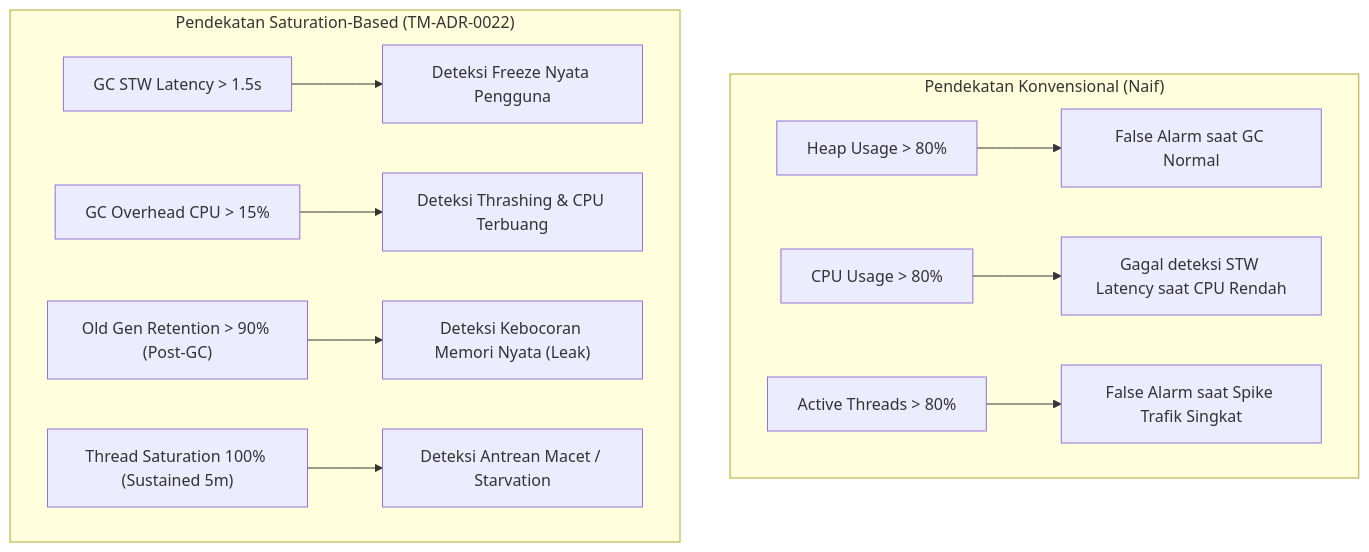
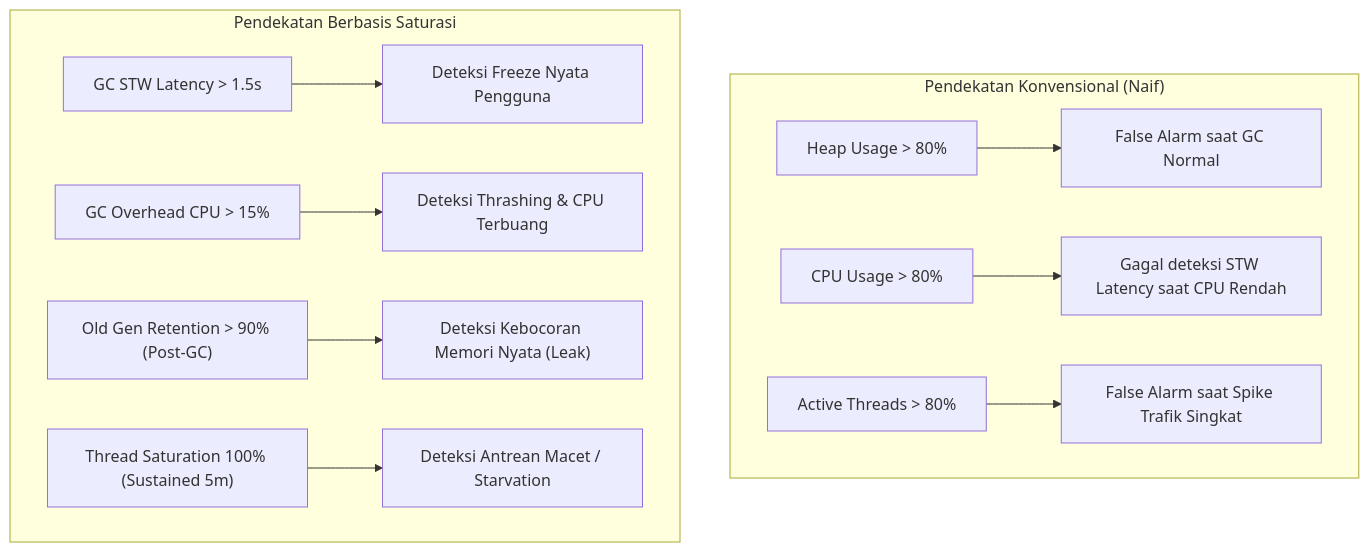
One commit to edkas07-oss/personal-site changed the first of 2 diagrams in content/journals/mendeteksi-concurrency-saturation-dan-gc-thrashing/index.md. Above: the diagram before and after it, drawn with Mermaid. The commit also changed other lines of this file and 10 other files, not shown here.

```diff
--- a/content/journals/mendeteksi-concurrency-saturation-dan-gc-thrashing/index.md
+++ b/content/journals/mendeteksi-concurrency-saturation-dan-gc-thrashing/index.md
@@ -43,15 +43,15 @@
 {{< mermaid >}}
 flowchart TD
     subgraph NAIVE["Pendekatan Konvensional (Naif)"]
         M1["Heap Usage > 80%"] --> F1["False Alarm saat GC Normal"]
         M2["CPU Usage > 80%"] --> F2["Gagal deteksi STW Latency saat CPU Rendah"]
         M3["Active Threads > 80%"] --> F3["False Alarm saat Spike Trafik Singkat"]
     end
 
-    subgraph SATURATION["Pendekatan Saturation-Based (TM-ADR-0022)"]
+    subgraph SATURATION["Pendekatan Berbasis Saturasi"]
         S1["GC STW Latency > 1.5s"] --> D1["Deteksi Freeze Nyata Pengguna"]
         S2["GC Overhead CPU > 15%"] --> D2["Deteksi Thrashing & CPU Terbuang"]
         S3["Old Gen Retention > 90% (Post-GC)"] --> D3["Deteksi Kebocoran Memori Nyata (Leak)"]
         S4["Thread Saturation 100% (Sustained 5m)"] --> D4["Deteksi Antrean Macet / Starvation"]
     end
 {{< /mermaid >}}
```
